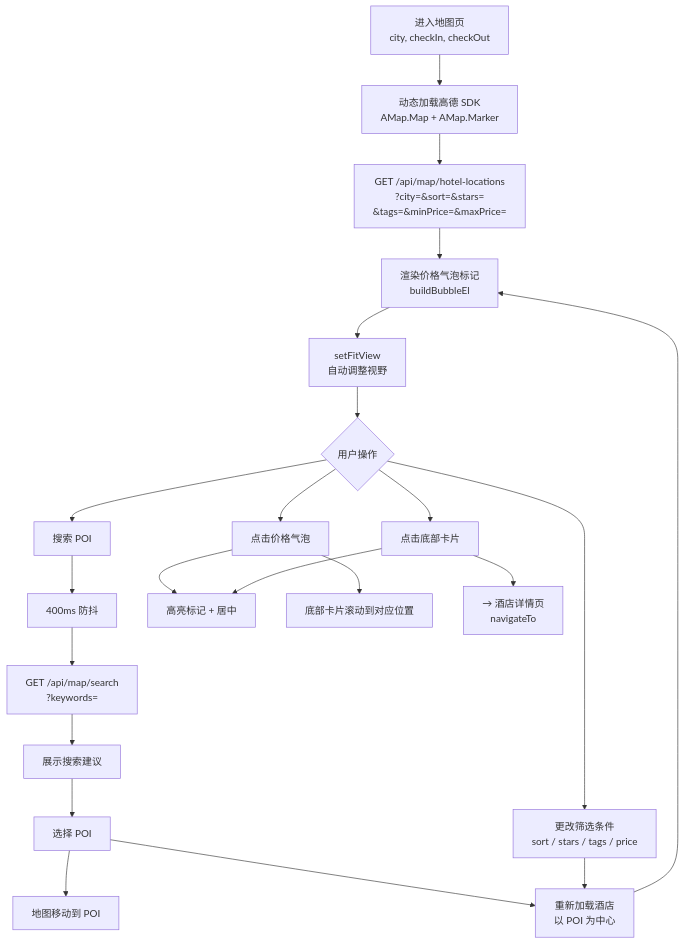
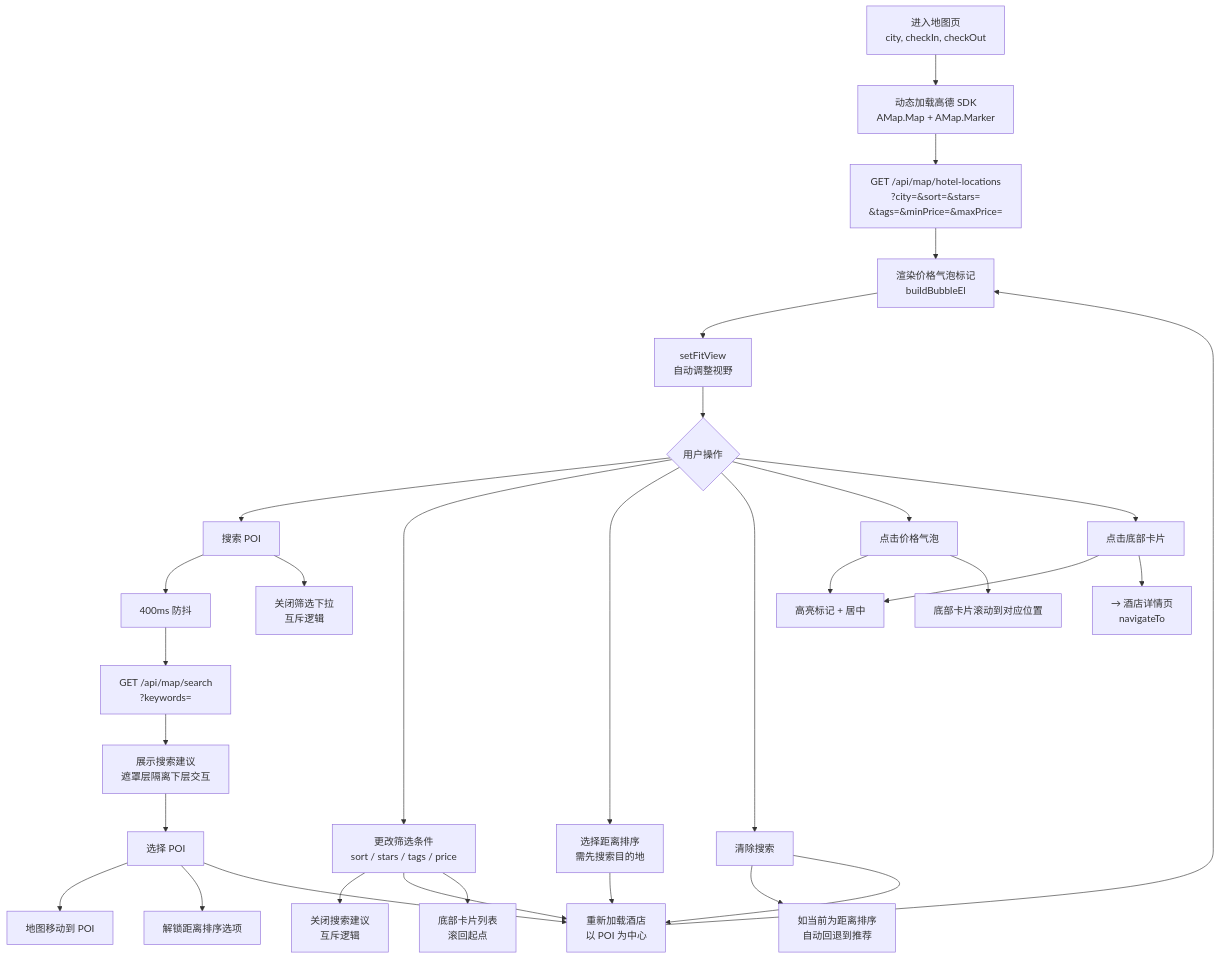
One commit to chendingya/EaseStay changed the tenth of 14 diagrams in docs/mobile/mobile-business-flow.md. Above: the diagram before and after it, drawn with Mermaid. The commit also changed 5 other files, not shown here.

Commit message:
feat(map): 优化地图搜索建议与筛选逻辑，增加距离排序功能

````diff
--- a/docs/mobile/mobile-business-flow.md
+++ b/docs/mobile/mobile-business-flow.md
@@ -321,30 +321,41 @@
 ```mermaid
 flowchart TD
     Enter["进入地图页<br/>city, checkIn, checkOut"] --> InitMap["动态加载高德 SDK<br/>AMap.Map + AMap.Marker"]
 
     InitMap --> LoadHotels["GET /api/map/hotel-locations<br/>?city=&sort=&stars=<br/>&tags=&minPrice=&maxPrice="]
     LoadHotels --> RenderMarkers["渲染价格气泡标记<br/>buildBubbleEl"]
     RenderMarkers --> FitView["setFitView<br/>自动调整视野"]
 
     FitView --> UserActions{"用户操作"}
 
     UserActions --> SearchPOI["搜索 POI"]
     SearchPOI --> Debounce["400ms 防抖"]
+    SearchPOI --> CloseDropdown["关闭筛选下拉<br/>互斥逻辑"]
     Debounce --> SearchAPI["GET /api/map/search<br/>?keywords="]
-    SearchAPI --> Suggestions["展示搜索建议"]
+    SearchAPI --> Suggestions["展示搜索建议<br/>遮罩层隔离下层交互"]
     Suggestions --> SelectPOI["选择 POI"]
     SelectPOI --> MoveTo["地图移动到 POI"]
+    SelectPOI --> UnlockDist["解锁距离排序选项"]
     SelectPOI --> ReloadHotels["重新加载酒店<br/>以 POI 为中心"]
 
     UserActions --> ChangeFilter["更改筛选条件<br/>sort / stars / tags / price"]
+    ChangeFilter --> CloseSuggestions["关闭搜索建议<br/>互斥逻辑"]
     ChangeFilter --> ReloadHotels
+    ChangeFilter --> ScrollReset["底部卡片列表<br/>滚回起点"]
     ReloadHotels --> RenderMarkers
+
+    UserActions --> SortDistance["选择距离排序<br/>需先搜索目的地"]
+    SortDistance --> ReloadHotels
+
+    UserActions --> ClearSearch["清除搜索"]
+    ClearSearch --> FallbackSort["如当前为距离排序<br/>自动回退到推荐"]
+    ClearSearch --> ReloadHotels
 
     UserActions --> ClickMarker["点击价格气泡"]
     ClickMarker --> Highlight["高亮标记 + 居中"]
     ClickMarker --> ScrollCard["底部卡片滚动到对应位置"]
 
     UserActions --> ClickCard["点击底部卡片"]
     ClickCard --> Highlight
     ClickCard --> NavDetail["→ 酒店详情页<br/>navigateTo"]
 ```
````
